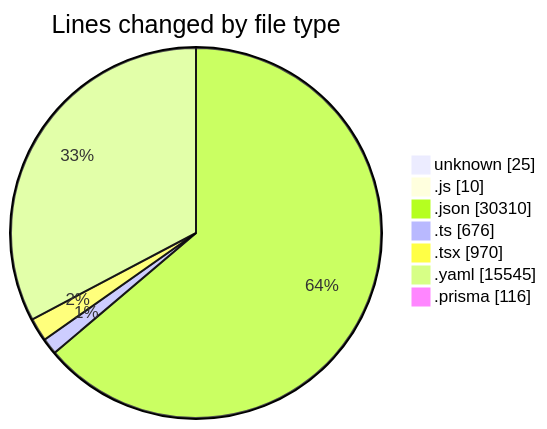
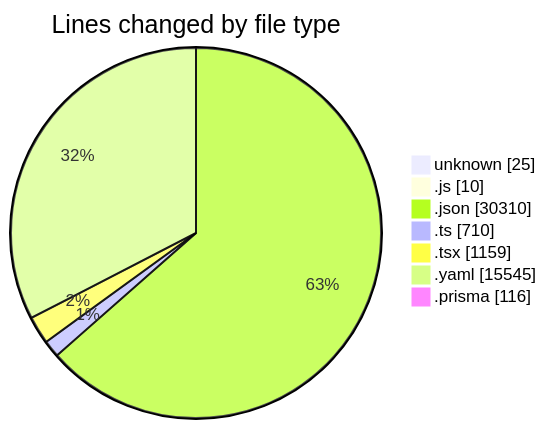
Before and after one commit to CELIANVF/code-tracking: the first of 2 diagrams in 2025-05-02/ecodeli/README.md, drawn with Mermaid. The commit also changed other lines of this file and 1 other file, not shown here.

````diff
--- a/2025-05-02/ecodeli/README.md
+++ b/2025-05-02/ecodeli/README.md
@@ -46,11 +47,11 @@
 ```mermaid
 pie showData
 title Lines changed by file type
 "unknown" : 25
 ".js" : 10
 ".json" : 30310
-".ts" : 676
-".tsx" : 970
+".ts" : 710
+".tsx" : 1159
 ".yaml" : 15545
 ".prisma" : 116
 ```
````
